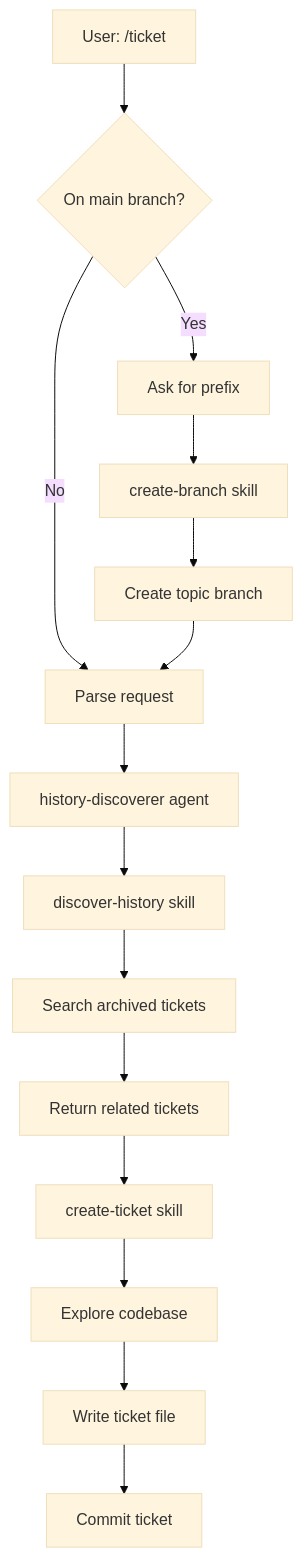
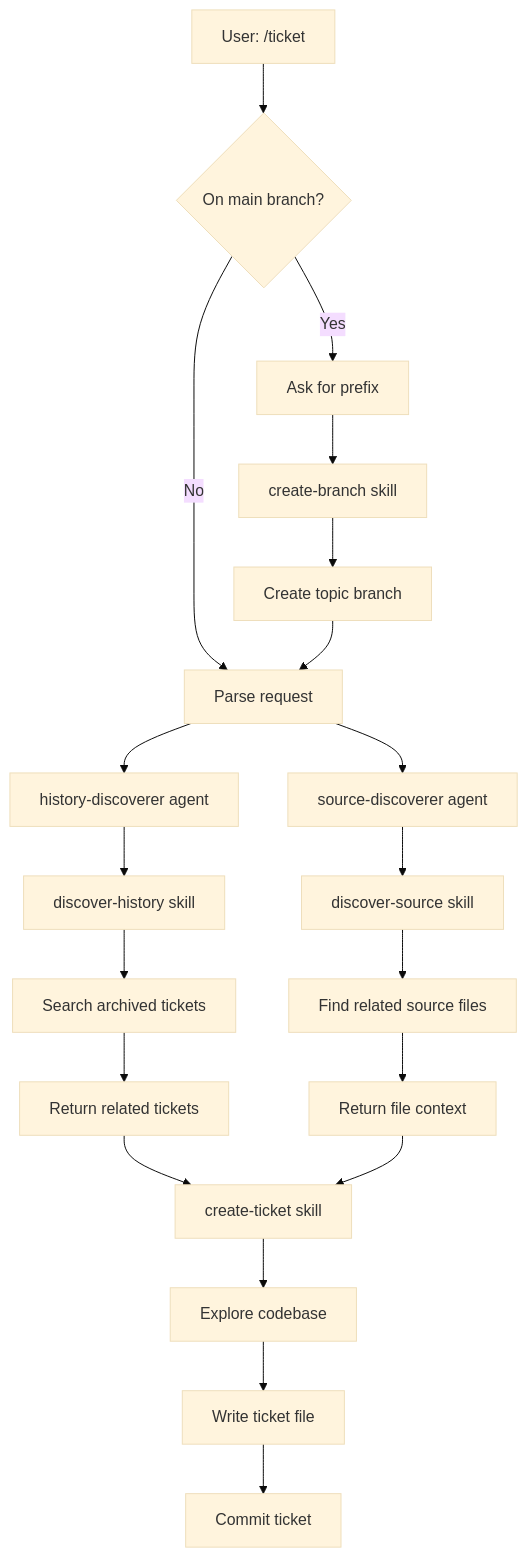
Before and after one commit to qmu/workaholic: the first of 3 diagrams in .workaholic/specs/command-flows.md, drawn with Mermaid (base theme). The commit also changed other lines of this file and 16 other files, not shown here.

````diff
--- a/.workaholic/specs/command-flows.md
+++ b/.workaholic/specs/command-flows.md
@@ -30,17 +30,22 @@
 ```mermaid
 flowchart TD
     A[User: /ticket] --> B{On main branch?}
     B -->|Yes| C[Ask for prefix]
     C --> D[create-branch skill]
     D --> E[Create topic branch]
     B -->|No| F[Parse request]
     E --> F
-    F --> G[history-discoverer agent]
-    G --> H[discover-history skill]
-    H --> I[Search archived tickets]
-    I --> J[Return related tickets]
-    J --> K[create-ticket skill]
-    K --> L[Explore codebase]
-    L --> M[Write ticket file]
-    M --> N[Commit ticket]
+    F --> G1[history-discoverer agent]
+    F --> G2[source-discoverer agent]
+    G1 --> H[discover-history skill]
+    G2 --> I[discover-source skill]
+    H --> J[Search archived tickets]
+    I --> K[Find related source files]
+    J --> L[Return related tickets]
+    K --> M[Return file context]
+    L --> N[create-ticket skill]
+    M --> N
+    N --> O[Explore codebase]
+    O --> P[Write ticket file]
+    P --> Q[Commit ticket]
 ```
````
